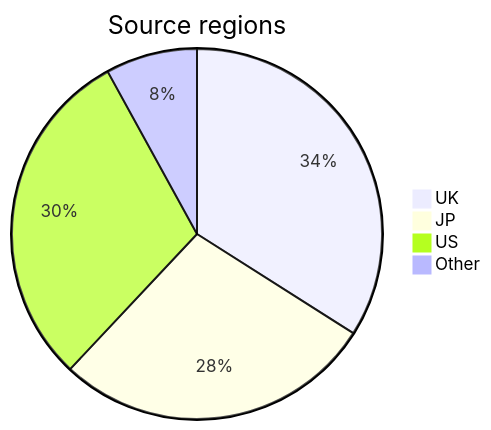
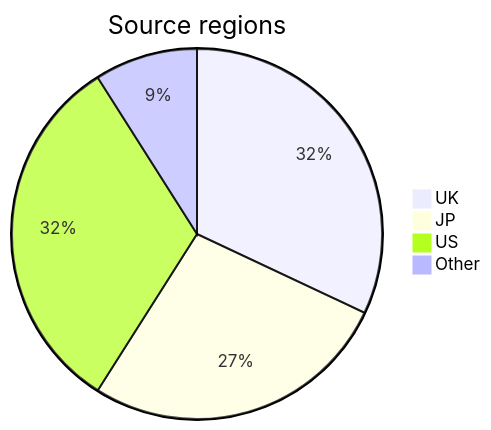
One commit to ace-dent/gbc-hw changed the diagram in gbc-census/docs/notes.md. Above: the diagram before and after it, drawn with Mermaid. The commit also changed other lines of this file and 5 other files, not shown here.

````diff
--- a/gbc-census/docs/notes.md
+++ b/gbc-census/docs/notes.md
@@ -47,7 +47,7 @@
 ```mermaid
 pie title Source regions
-    "UK" : 34
-    "JP" : 28
-    "US" : 30
-    "Other" : 8
+    "UK" : 32
+    "JP" : 27
+    "US" : 32
+    "Other" : 9
 ```
````
